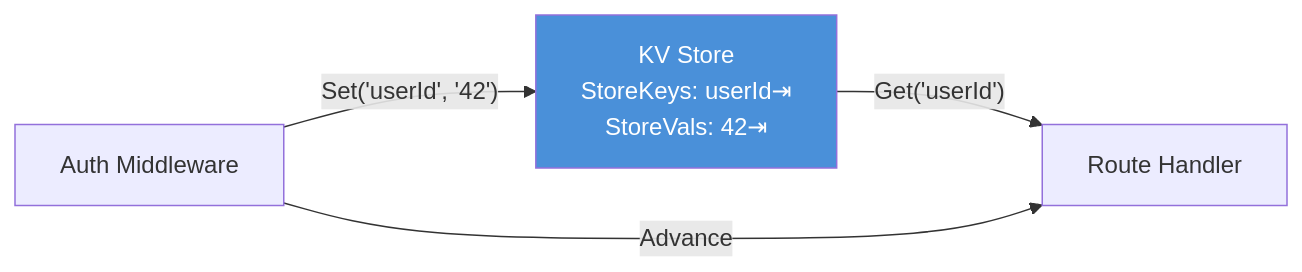
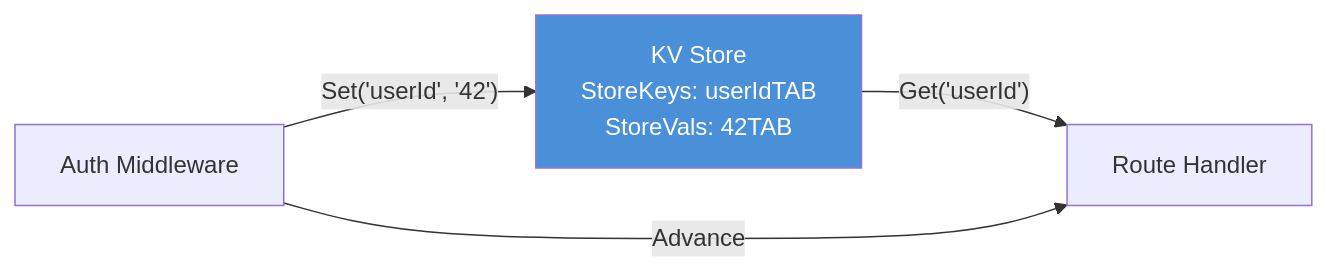
The second of 2 diagrams in manuscript/chapters/ch06-context.md (Jedt3D/PureSimple), drawn with Mermaid before and after one commit. The commit also changed other lines of this file and 30 other files, not shown here.

````diff
--- a/manuscript/chapters/ch06-context.md
+++ b/manuscript/chapters/ch06-context.md
@@ -275,7 +280,7 @@
 ```mermaid
 graph LR
-    MW1["Auth Middleware"] -->|"Set('userId', '42')"| KV["KV Store<br/>StoreKeys: userId⇥<br/>StoreVals: 42⇥"]
+    MW1["Auth Middleware"] -->|"Set('userId', '42')"| KV["KV Store<br/>StoreKeys: userIdTAB<br/>StoreVals: 42TAB"]
     KV -->|"Get('userId')"| Handler["Route Handler"]
     MW1 -->|"Advance"| Handler
     style KV fill:#4A90D9,color:#fff
 ```
````
